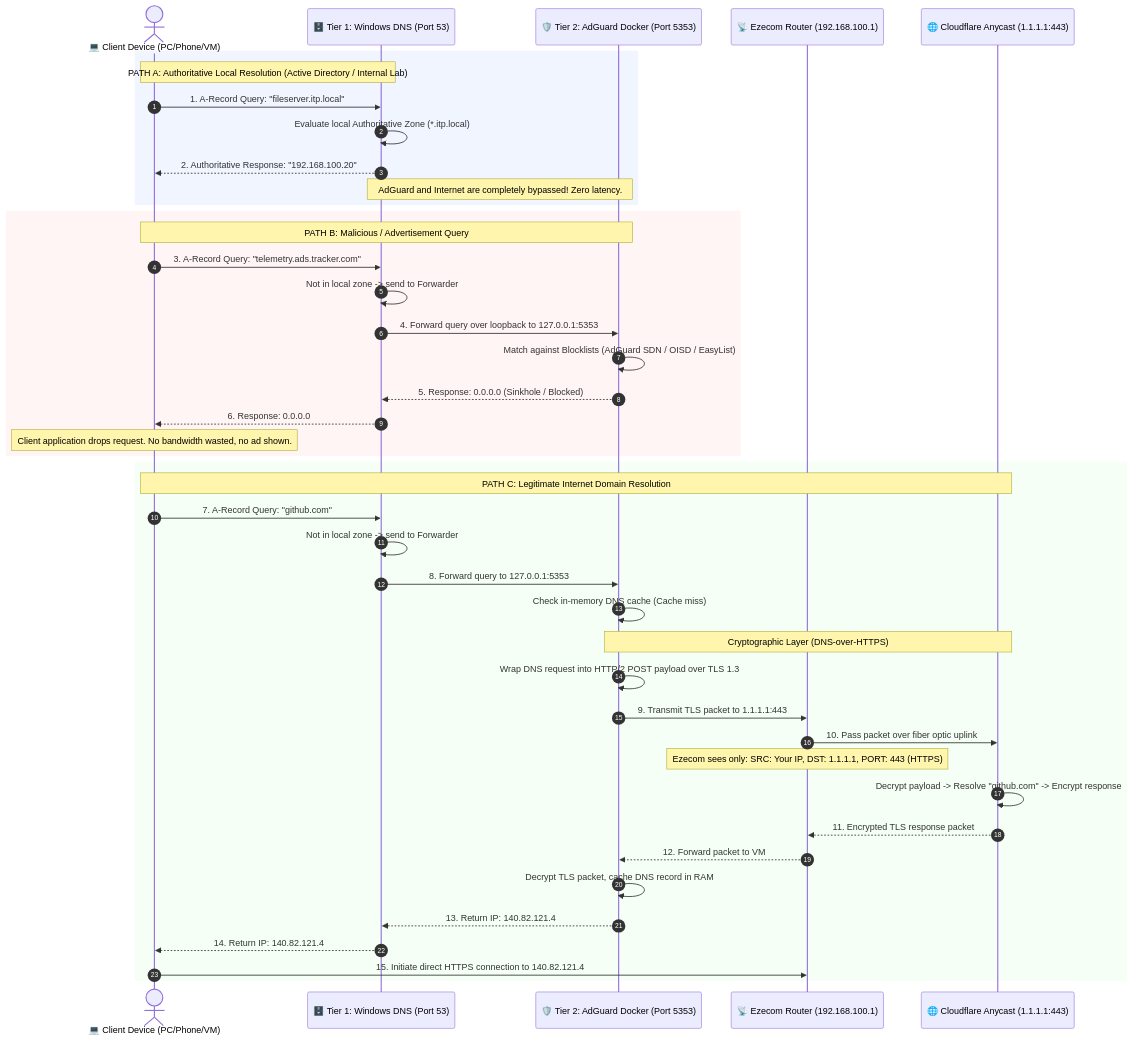
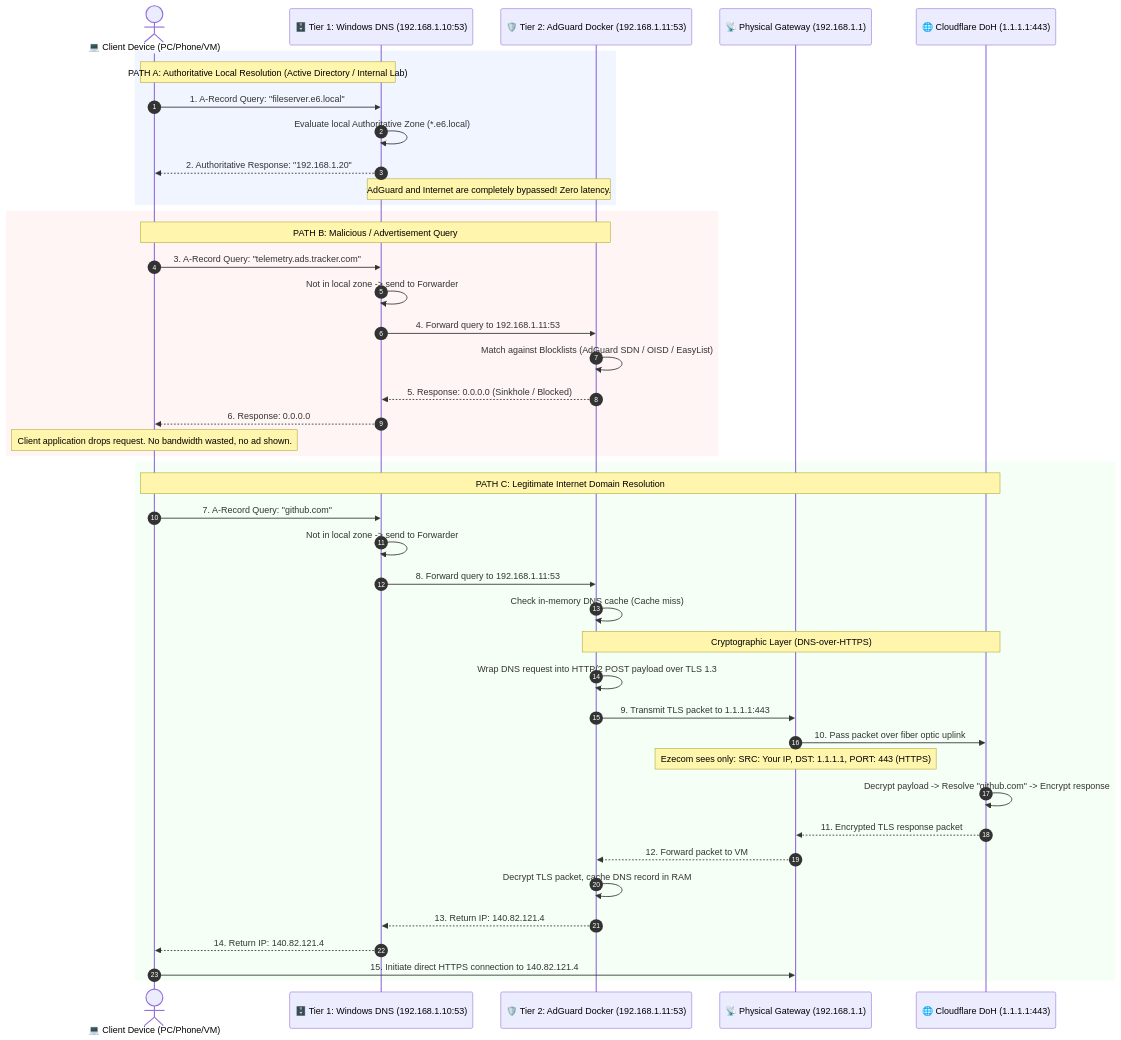
One commit to seang454/window-server-deploymennt changed the third of 5 diagrams in dns-architecture.md. Above: the diagram before and after it, drawn with Mermaid. The commit also changed other lines of this file and 1 other file, not shown here.

````diff
--- a/dns-architecture.md
+++ b/dns-architecture.md
@@ -124,50 +124,50 @@
 ```mermaid
 sequenceDiagram
     autonumber
     actor Client as 💻 Client Device (PC/Phone/VM)
-    participant WinDNS as 🗄️ Tier 1: Windows DNS (Port 53)
-    participant AdGuard as 🛡️ Tier 2: AdGuard Docker (Port 5353)
-    participant Ezecom as 📡 Ezecom Router (192.168.100.1)
-    participant Cloudflare as 🌐 Cloudflare Anycast (1.1.1.1:443)
+    participant WinDNS as 🗄️ Tier 1: Windows DNS (192.168.1.10:53)
+    participant AdGuard as 🛡️ Tier 2: AdGuard Docker (192.168.1.11:53)
+    participant Ezecom as 📡 Physical Gateway (192.168.1.1)
+    participant Cloudflare as 🌐 Cloudflare DoH (1.1.1.1:443)
 
     rect rgb(240, 245, 255)
     Note over Client, WinDNS: PATH A: Authoritative Local Resolution (Active Directory / Internal Lab)
-    Client->>WinDNS: 1. A-Record Query: "fileserver.itp.local"
-    WinDNS->>WinDNS: Evaluate local Authoritative Zone (*.itp.local)
-    WinDNS-->>Client: 2. Authoritative Response: "192.168.100.20"
+    Client->>WinDNS: 1. A-Record Query: "fileserver.e6.local"
+    WinDNS->>WinDNS: Evaluate local Authoritative Zone (*.e6.local)
+    WinDNS-->>Client: 2. Authoritative Response: "192.168.1.20"
     Note over WinDNS, AdGuard: AdGuard and Internet are completely bypassed! Zero latency.
     end
 
     rect rgb(255, 245, 245)
     Note over Client, AdGuard: PATH B: Malicious / Advertisement Query
     Client->>WinDNS: 3. A-Record Query: "telemetry.ads.tracker.com"
     WinDNS->>WinDNS: Not in local zone -> send to Forwarder
-    WinDNS->>AdGuard: 4. Forward query over loopback to 127.0.0.1:5353
+    WinDNS->>AdGuard: 4. Forward query to 192.168.1.11:53
     AdGuard->>AdGuard: Match against Blocklists (AdGuard SDN / OISD / EasyList)
     AdGuard-->>WinDNS: 5. Response: 0.0.0.0 (Sinkhole / Blocked)
     WinDNS-->>Client: 6. Response: 0.0.0.0
     Note over Client: Client application drops request. No bandwidth wasted, no ad shown.
     end
 
     rect rgb(245, 255, 245)
     Note over Client, Cloudflare: PATH C: Legitimate Internet Domain Resolution
     Client->>WinDNS: 7. A-Record Query: "github.com"
     WinDNS->>WinDNS: Not in local zone -> send to Forwarder
-    WinDNS->>AdGuard: 8. Forward query to 127.0.0.1:5353
+    WinDNS->>AdGuard: 8. Forward query to 192.168.1.11:53
     AdGuard->>AdGuard: Check in-memory DNS cache (Cache miss)
     
     Note over AdGuard, Cloudflare: Cryptographic Layer (DNS-over-HTTPS)
     AdGuard->>AdGuard: Wrap DNS request into HTTP/2 POST payload over TLS 1.3
     AdGuard->>Ezecom: 9. Transmit TLS packet to 1.1.1.1:443
     Ezecom->>Cloudflare: 10. Pass packet over fiber optic uplink
     Note over Ezecom: Ezecom sees only: SRC: Your IP, DST: 1.1.1.1, PORT: 443 (HTTPS)
     
     Cloudflare->>Cloudflare: Decrypt payload -> Resolve "github.com" -> Encrypt response
     Cloudflare-->>Ezecom: 11. Encrypted TLS response packet
     Ezecom-->>AdGuard: 12. Forward packet to VM
     AdGuard->>AdGuard: Decrypt TLS packet, cache DNS record in RAM
     AdGuard-->>WinDNS: 13. Return IP: 140.82.121.4
     WinDNS-->>Client: 14. Return IP: 140.82.121.4
     Client->>Ezecom: 15. Initiate direct HTTPS connection to 140.82.121.4
     end
 ```
````
